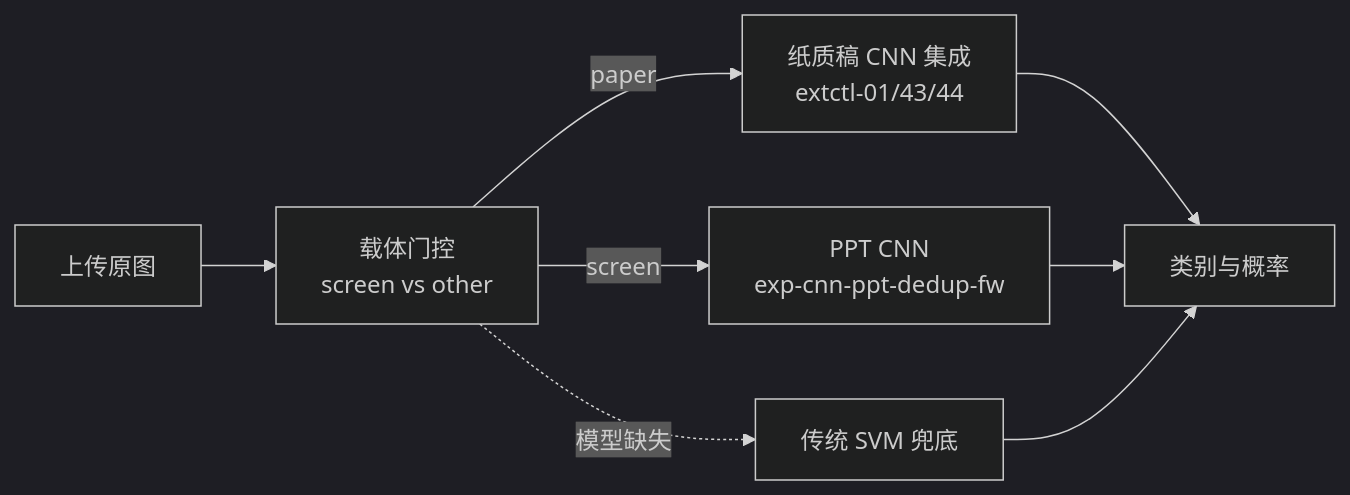
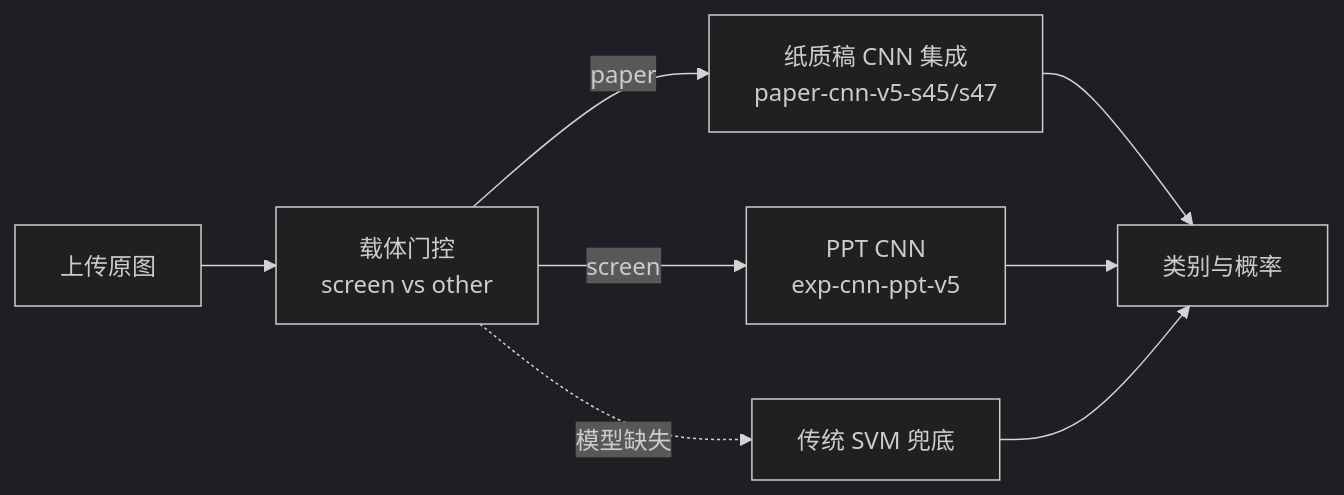
The fifth of 7 diagrams in docs/03-架构设计.md (LosproeOcl/wut-ml-task06-doc-normalizer), drawn with Mermaid (dark theme) before and after one commit. The commit also changed other lines of this file and 53 other files, not shown here.

````diff
--- a/docs/03-架构设计.md
+++ b/docs/03-架构设计.md
@@ -158,10 +158,10 @@
 ```mermaid
 flowchart LR
     I[上传原图] --> G[载体门控<br/>screen vs other]
-    G -- paper --> P[纸质稿 CNN 集成<br/>extctl-01/43/44]
-    G -- screen --> S[PPT CNN<br/>exp-cnn-ppt-dedup-fw]
+    G -- paper --> P[纸质稿 CNN 集成<br/>paper-cnn-v5-s45/s47]
+    G -- screen --> S[PPT CNN<br/>exp-cnn-ppt-v5]
     G -. 模型缺失 .-> C[传统 SVM 兜底]
     P --> R[类别与概率]
     S --> R
     C --> R
 ```
````
